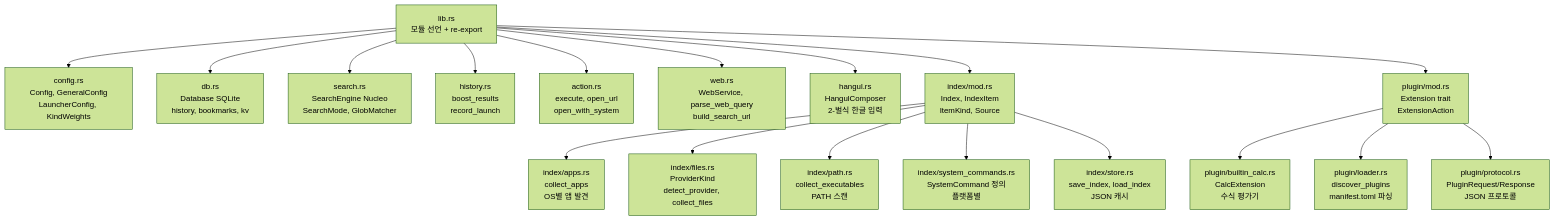
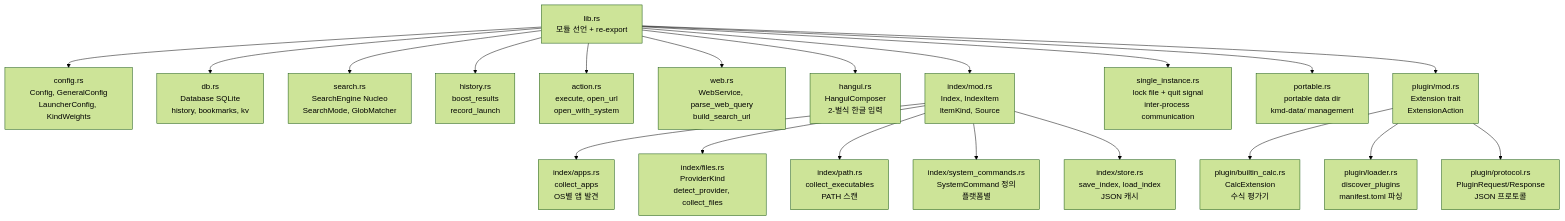
Before and after one commit to bullpae/keymander-cli: the third of 11 diagrams in docs/02_architecture.md, drawn with Mermaid (forest theme). The commit also changed other lines of this file and 4 other files, not shown here.

````diff
--- a/docs/02_architecture.md
+++ b/docs/02_architecture.md
@@ -85,24 +85,26 @@
 ```mermaid
 graph TB
     lib["lib.rs\n모듈 선언 + re-export"]
 
     lib --> config["config.rs\nConfig, GeneralConfig\nLauncherConfig, KindWeights"]
     lib --> db["db.rs\nDatabase SQLite\nhistory, bookmarks, kv"]
     lib --> search["search.rs\nSearchEngine Nucleo\nSearchMode, GlobMatcher"]
     lib --> history["history.rs\nboost_results\nrecord_launch"]
     lib --> action["action.rs\nexecute, open_url\nopen_with_system"]
     lib --> web["web.rs\nWebService, parse_web_query\nbuild_search_url"]
     lib --> hangul["hangul.rs\nHangulComposer\n2-벌식 한글 입력"]
 
     lib --> indexMod["index/mod.rs\nIndex, IndexItem\nItemKind, Source"]
     indexMod --> apps["index/apps.rs<br/>collect_apps<br/>OS별 앱 발견"]
     indexMod --> files["index/files.rs<br/>ProviderKind<br/>detect_provider, collect_files"]
     indexMod --> path["index/path.rs<br/>collect_executables<br/>PATH 스캔"]
     indexMod --> sysCmds["index/system_commands.rs<br/>SystemCommand 정의<br/>플랫폼별"]
     indexMod --> store["index/store.rs<br/>save_index, load_index<br/>JSON 캐시"]
 
+    lib --> singleInstance["single_instance.rs<br/>lock file + quit signal<br/>inter-process communication"]
+    lib --> portable["portable.rs<br/>portable data dir<br/>kmd-data/ management"]
     lib --> pluginMod["plugin/mod.rs<br/>Extension trait<br/>ExtensionAction"]
     pluginMod --> calc["plugin/builtin_calc.rs<br/>CalcExtension<br/>수식 평가기"]
     pluginMod --> loader["plugin/loader.rs<br/>discover_plugins<br/>manifest.toml 파싱"]
     pluginMod --> protocol["plugin/protocol.rs<br/>PluginRequest/Response<br/>JSON 프로토콜"]
 ```
````
